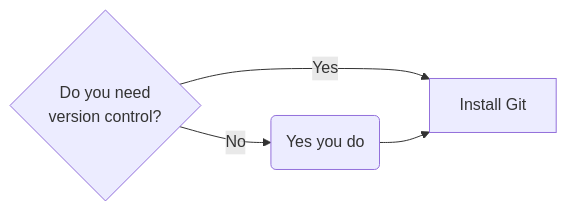
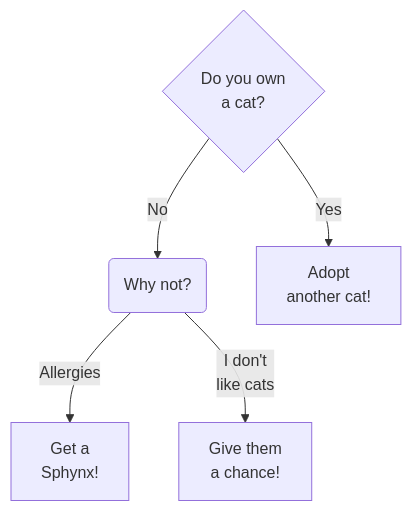
One commit to CUB-Data-Visualization/group-info-class-2026 changed the diagram in steftasayco.qmd. Above: the diagram before and after it, drawn with Mermaid. The commit also changed other lines of this file and 1 other file, not shown here.

Commit message:
#4 and #5

````diff
--- a/steftasayco.qmd
+++ b/steftasayco.qmd
@@ -51,8 +49,10 @@
 ```{mermaid}
 %%| label: fig-chart
-%%| fig-cap: Version control flowchart to figure out whether you need Git.
-graph LR
-    A{Do you need <br> version control?} -->|No| B(Yes you do)
-    A --> |Yes| C[Install Git]
-    B --> C
+%%| fig-cap: Cat lovers flowchart to figure out whether you should adopt a cat.
+graph 
+    A{Do you own <br> a cat?} -->|No| B(Why not?)
+    A --> |Yes| C[Adopt <br> another cat!]
+    B --> |Allergies| D[Get a <br> Sphynx!]
+    B --> |I don't <br> like cats| E[Give them <br> a chance!]
+
 ```
````
